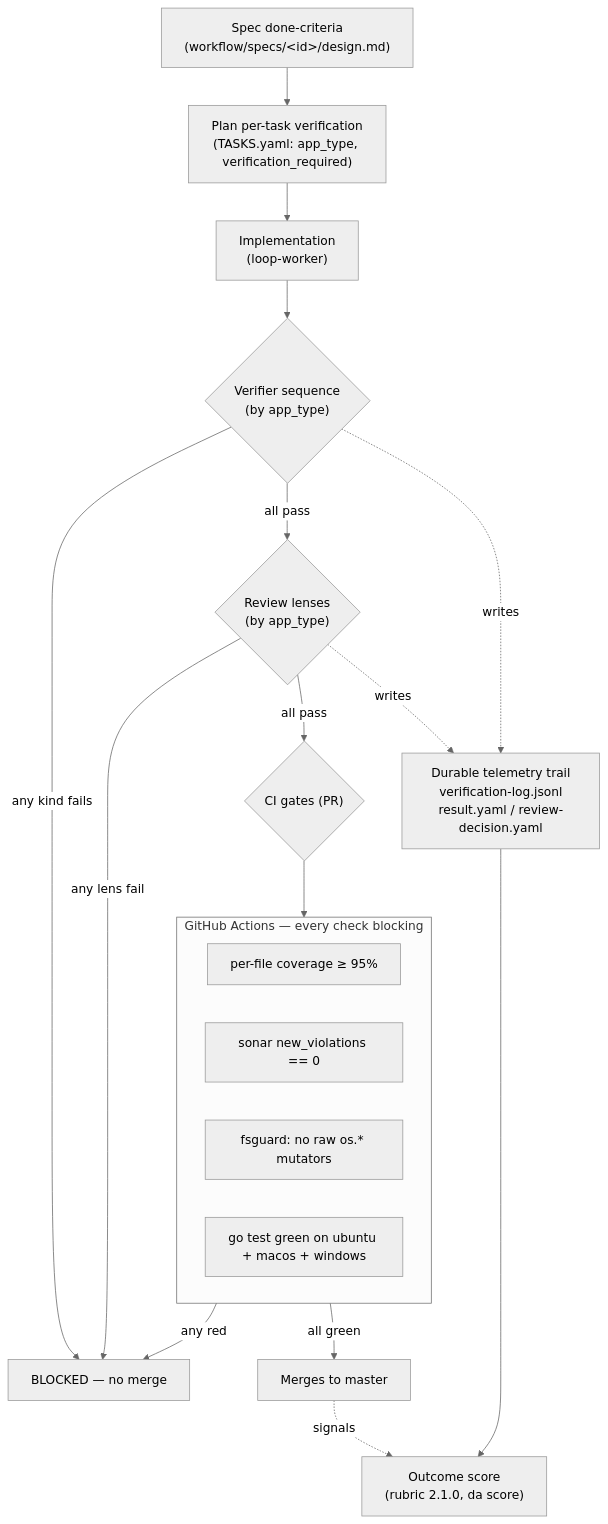
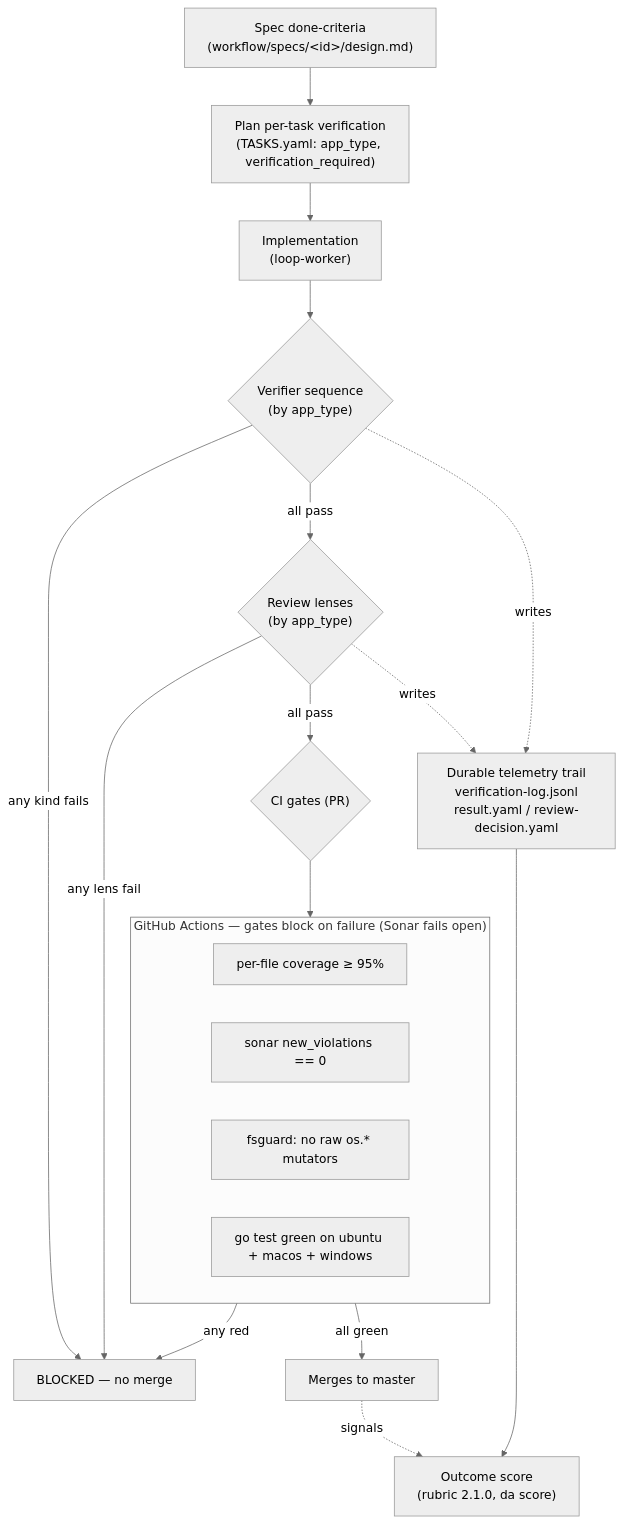
Before and after one commit to AGOrcha/dot-agents: the diagram in docs/concepts/verification-and-scoring.md, drawn with Mermaid (neutral theme). The commit also changed other lines of this file, not shown here.

First line of the commit message:
docs(concept): correct CI-gate fail-open framing, review-record shape, ADR link

````diff
--- a/docs/concepts/verification-and-scoring.md
+++ b/docs/concepts/verification-and-scoring.md
@@ -59,27 +63,27 @@
 ```mermaid
 flowchart TD
     spec["Spec done-criteria<br/>(workflow/specs/&lt;id&gt;/design.md)"] --> plan["Plan per-task verification<br/>(TASKS.yaml: app_type, verification_required)"]
     plan --> impl["Implementation<br/>(loop-worker)"]
 
     impl --> verify{"Verifier sequence<br/>(by app_type)"}
     verify -->|any kind fails| block["BLOCKED — no merge"]
     verify -->|all pass| review{"Review lenses<br/>(by app_type)"}
     review -->|any lens fail| block
     review -->|all pass| ci{"CI gates (PR)"}
 
-    subgraph ci_gates["GitHub Actions — every check blocking"]
+    subgraph ci_gates["GitHub Actions — gates block on failure (Sonar fails open)"]
       cov["per-file coverage ≥ 95%"]
       sonar["sonar new_violations == 0"]
       fsg["fsguard: no raw os.* mutators"]
       matrix["go test green on ubuntu + macos + windows"]
     end
 
     ci --> ci_gates
     ci_gates -->|any red| block
     ci_gates -->|all green| merge["Merges to master"]
 
     verify -.writes.-> trail["Durable telemetry trail<br/>verification-log.jsonl<br/>result.yaml / review-decision.yaml"]
     review -.writes.-> trail
     merge -.signals.-> score["Outcome score<br/>(rubric 2.1.0, da score)"]
     trail --> score
 ```
````
